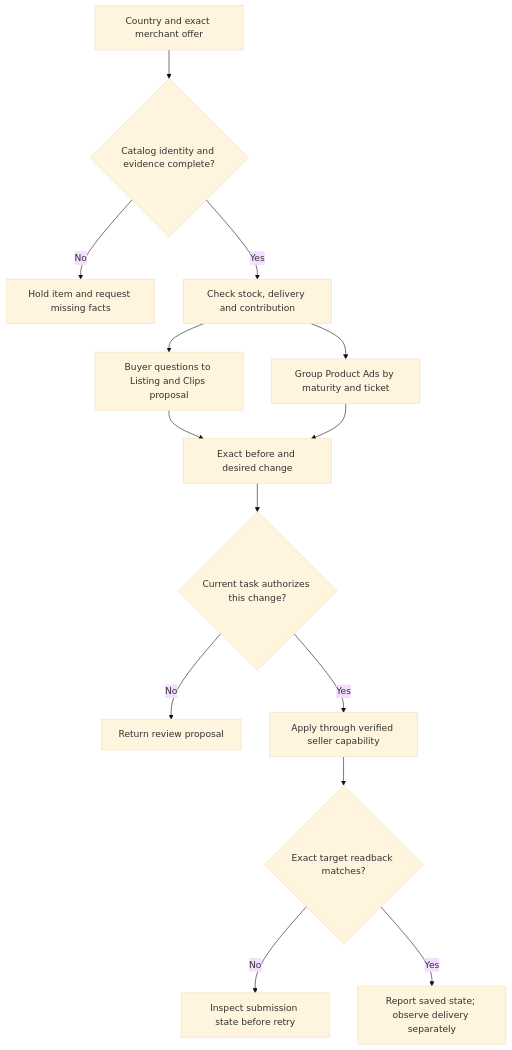
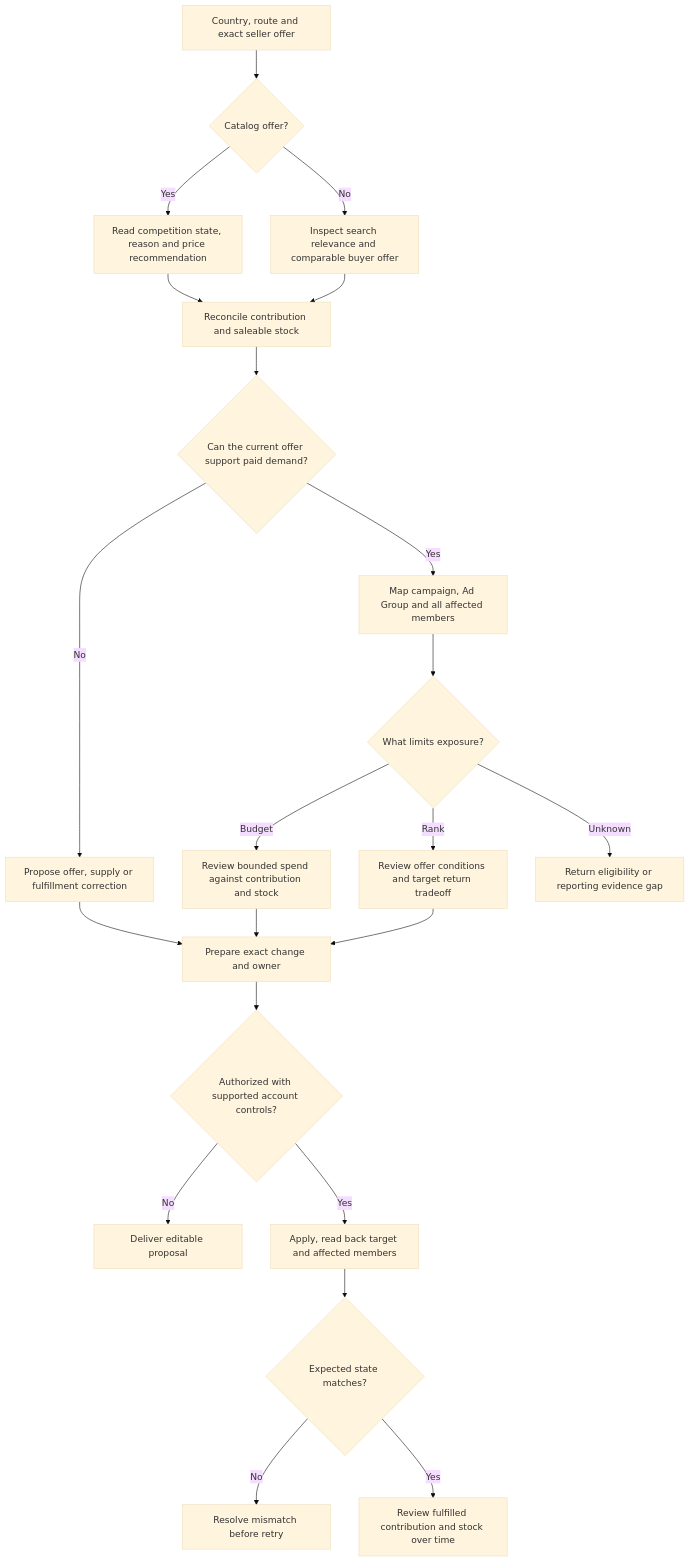
Before and after one commit to meowdoone/jingqiu-operator-skills: the diagram in skills/mercado-libre-operations/SKILL.md, drawn with Mermaid (base theme). The commit also changed other lines of this file and 4 other files, not shown here.

````diff
--- a/skills/mercado-libre-operations/SKILL.md
+++ b/skills/mercado-libre-operations/SKILL.md
@@ -10,16 +142,24 @@
 ```mermaid
 flowchart TD
-  A[Country and exact merchant offer] --> B{Catalog identity and evidence complete?}
-  B -- No --> H[Hold item and request missing facts]
-  B -- Yes --> C[Check stock, delivery and contribution]
-  C --> D[Buyer questions to Listing and Clips proposal]
-  C --> E[Group Product Ads by maturity and ticket]
-  D --> F[Exact before and desired change]
-  E --> F
-  F --> G{Current task authorizes this change?}
-  G -- No --> I[Return review proposal]
-  G -- Yes --> J[Apply through verified seller capability]
-  J --> K{Exact target readback matches?}
-  K -- No --> L[Inspect submission state before retry]
-  K -- Yes --> M[Report saved state; observe delivery separately]
+  A[Country, route and exact seller offer] --> B{Catalog offer?}
+  B -- Yes --> C[Read competition state, reason and price recommendation]
+  B -- No --> D[Inspect search relevance and comparable buyer offer]
+  C --> E[Reconcile contribution and saleable stock]
+  D --> E
+  E --> F{Can the current offer support paid demand?}
+  F -- No --> G[Propose offer, supply or fulfillment correction]
+  F -- Yes --> H[Map campaign, Ad Group and all affected members]
+  H --> I{What limits exposure?}
+  I -- Budget --> J[Review bounded spend against contribution and stock]
+  I -- Rank --> K[Review offer conditions and target return tradeoff]
+  I -- Unknown --> L[Return eligibility or reporting evidence gap]
+  G --> M[Prepare exact change and owner]
+  J --> M
+  K --> M
+  M --> N{Authorized with supported account controls?}
+  N -- No --> O[Deliver editable proposal]
+  N -- Yes --> P[Apply, read back target and affected members]
+  P --> Q{Expected state matches?}
+  Q -- No --> R[Resolve mismatch before retry]
+  Q -- Yes --> S[Review fulfilled contribution and stock over time]
 ```
````
